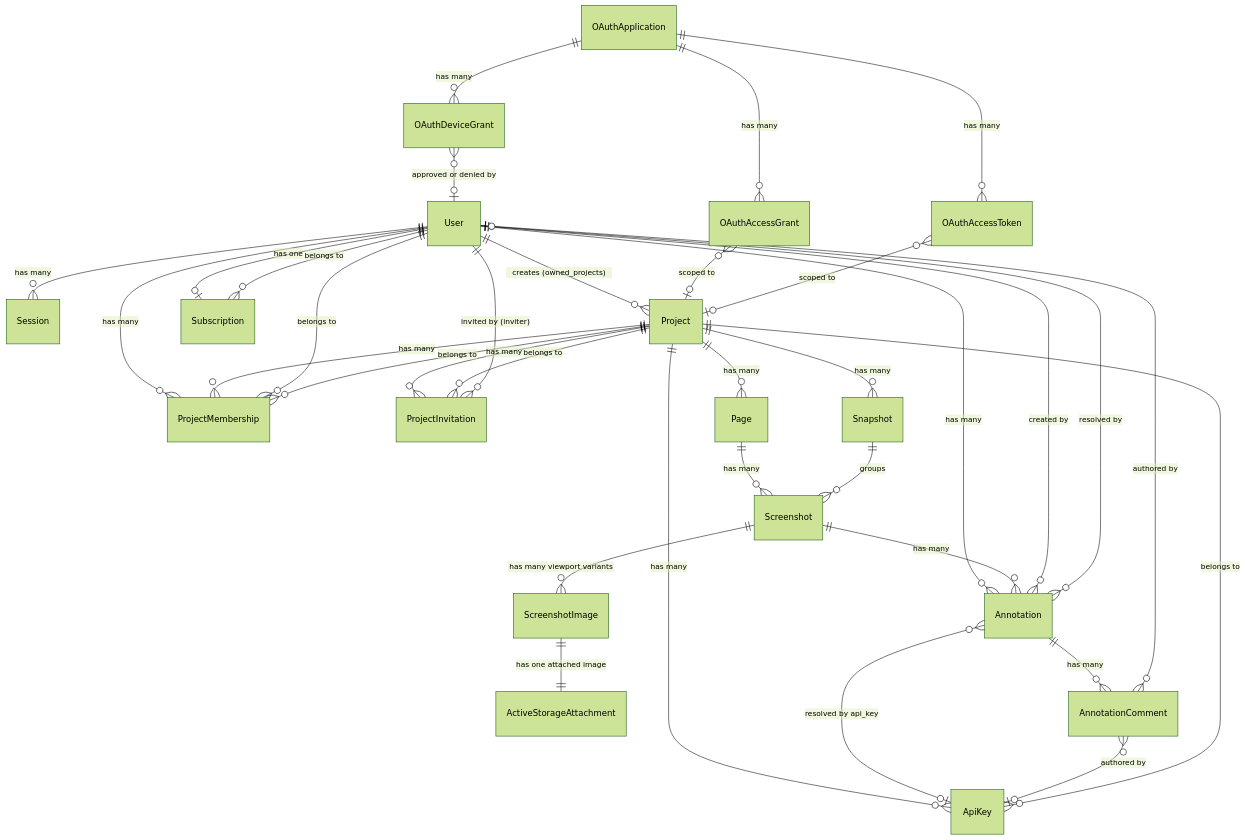
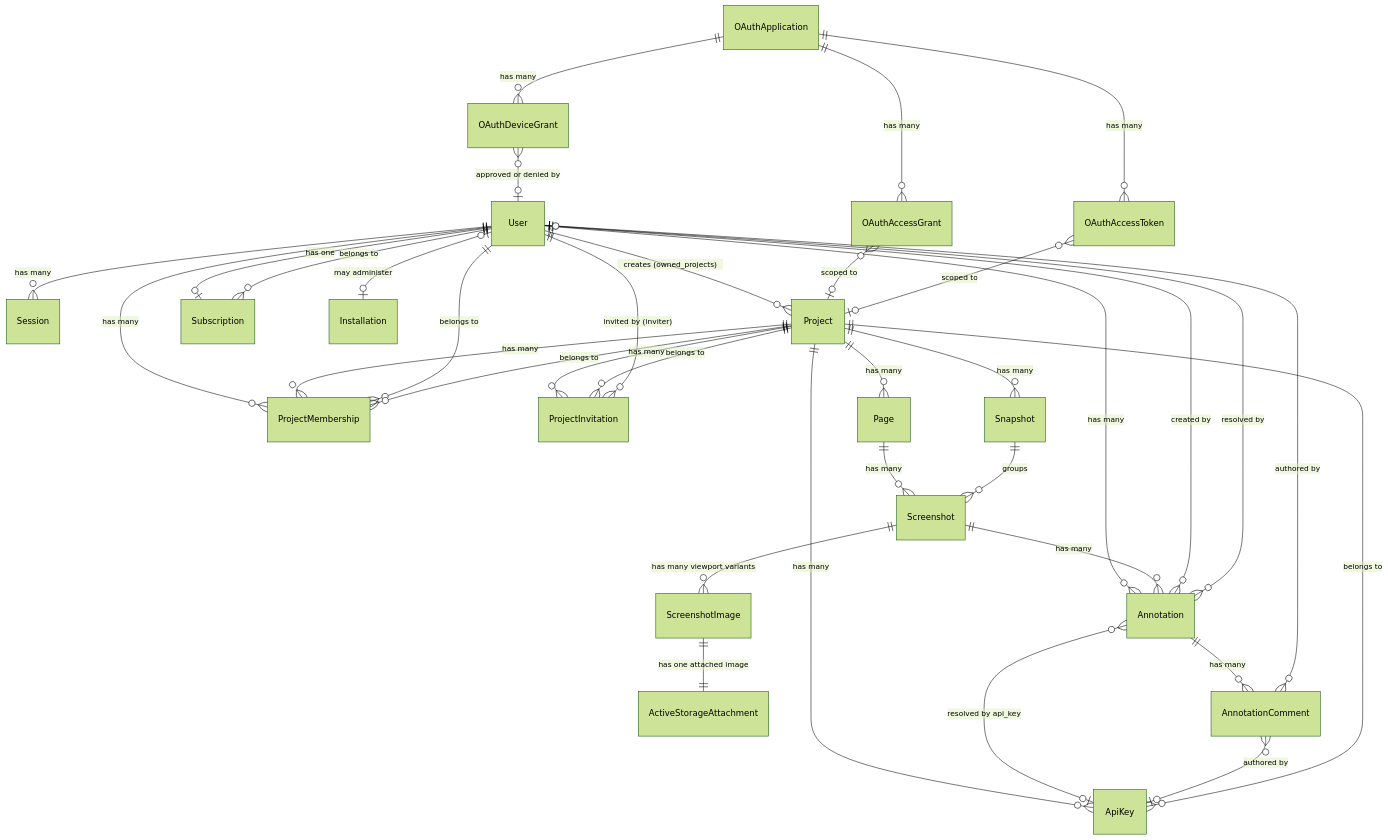
The diagram in wiki/data-model.md (ivankuznetsov/screenote), drawn with Mermaid (forest theme) before and after one commit. The commit also changed other lines of this file and 146 other files, not shown here.

````diff
--- a/wiki/data-model.md
+++ b/wiki/data-model.md
@@ -18,47 +18,48 @@
 ```mermaid
 erDiagram
     User ||--o{ Session : "has many"
     User ||--o{ Project : "creates (owned_projects)"
     User ||--o{ ProjectMembership : "has many"
     User ||--o{ Annotation : "has many"
     User ||--o| Subscription : "has one"
+    User |o--o| Installation : "may administer"
 
     Project ||--o{ ProjectMembership : "has many"
     Project ||--o{ ProjectInvitation : "has many"
     Project ||--o{ Page : "has many"
     Project ||--o{ ApiKey : "has many"
     Project ||--o{ Snapshot : "has many"
 
     Page ||--o{ Screenshot : "has many"
 
     Snapshot ||--o{ Screenshot : "groups"
 
     Screenshot ||--o{ ScreenshotImage : "has many viewport variants"
     Screenshot ||--o{ Annotation : "has many"
     ScreenshotImage ||--|| ActiveStorageAttachment : "has one attached image"
 
     Annotation ||--o{ AnnotationComment : "has many"
     Annotation }o--|| User : "created by"
     Annotation }o--o| User : "resolved by"
     Annotation }o--o| ApiKey : "resolved by api_key"
 
     AnnotationComment }o--o| User : "authored by"
     AnnotationComment }o--o| ApiKey : "authored by"
 
     ProjectMembership }o--|| User : "belongs to"
     ProjectMembership }o--|| Project : "belongs to"
 
     ProjectInvitation }o--|| Project : "belongs to"
     ProjectInvitation }o--|| User : "invited by (inviter)"
 
     ApiKey }o--|| Project : "belongs to"
 
     Subscription }o--|| User : "belongs to"
 
     OAuthApplication ||--o{ OAuthAccessGrant : "has many"
     OAuthApplication ||--o{ OAuthAccessToken : "has many"
     OAuthApplication ||--o{ OAuthDeviceGrant : "has many"
     OAuthAccessGrant }o--o| Project : "scoped to"
     OAuthAccessToken }o--o| Project : "scoped to"
     OAuthDeviceGrant }o--o| User : "approved or denied by"
 ```
````
